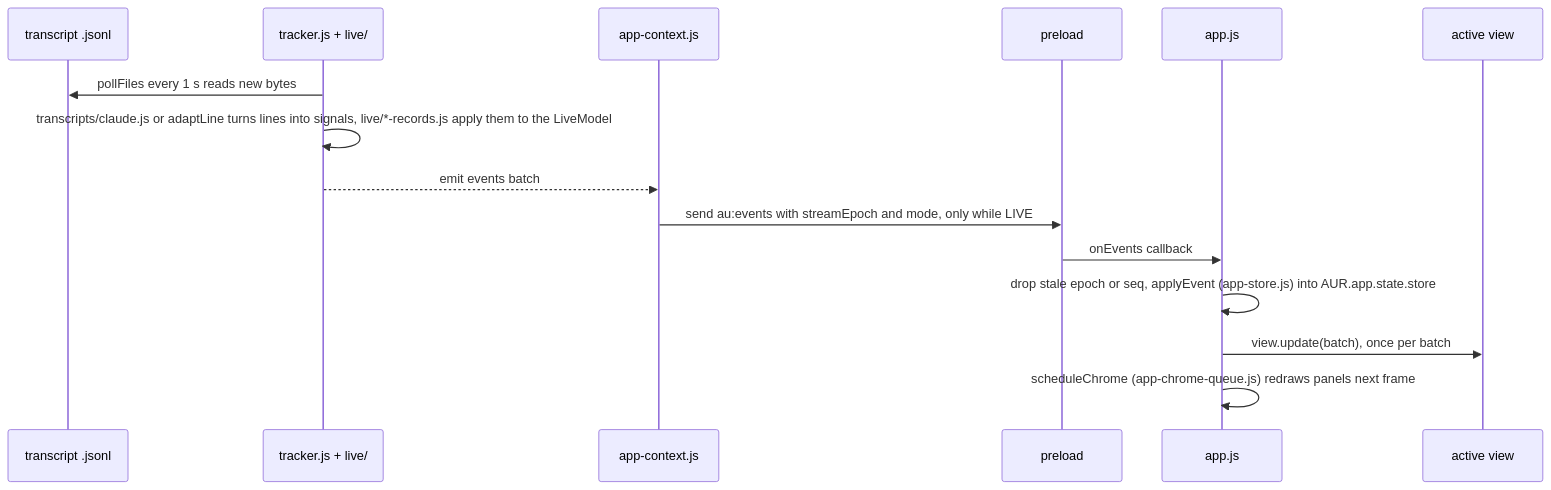
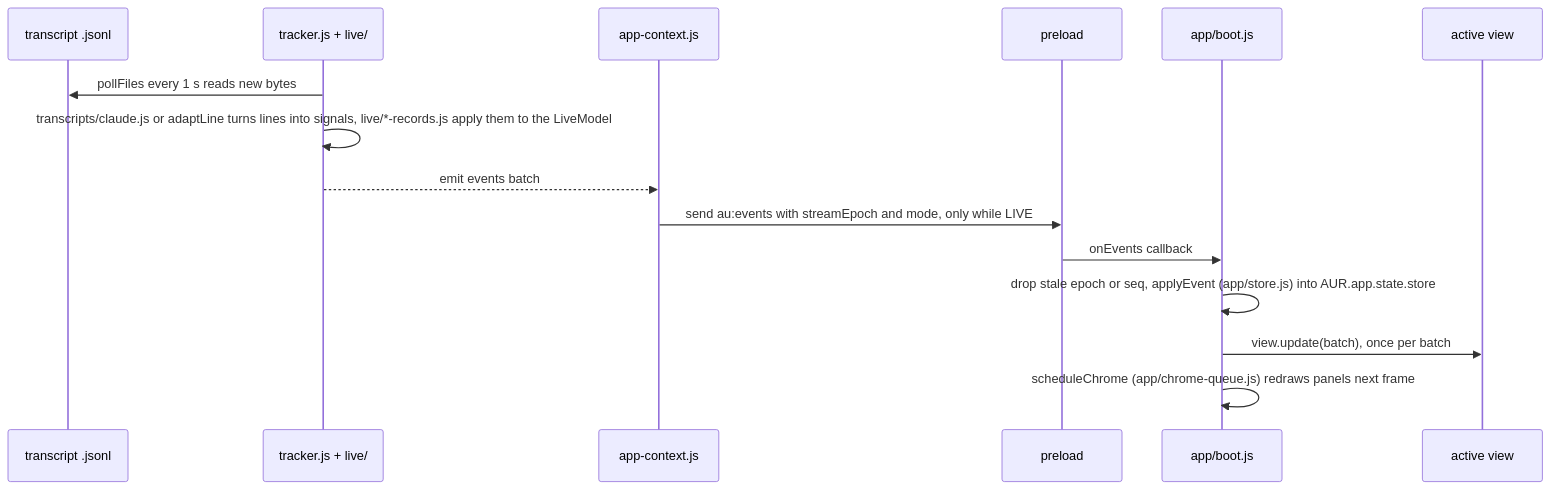
One commit to MatthewNorton/agent-orrery changed the second of 4 diagrams in .docs/architecture.md. Above: the diagram before and after it, drawn with Mermaid. The commit also changed other lines of this file and 124 other files, not shown here.

````diff
--- a/.docs/architecture.md
+++ b/.docs/architecture.md
@@ -317,17 +317,17 @@
 ```mermaid
 sequenceDiagram
   participant F as transcript .jsonl
   participant T as tracker.js + live/
   participant C as app-context.js
   participant P as preload
-  participant A as app.js
+  participant A as app/boot.js
   participant V as active view
   T->>F: pollFiles every 1 s reads new bytes
   T->>T: transcripts/claude.js or adaptLine turns lines into signals, live/*-records.js apply them to the LiveModel
   T-->>C: emit events batch
   C->>P: send au:events with streamEpoch and mode, only while LIVE
   P->>A: onEvents callback
-  A->>A: drop stale epoch or seq, applyEvent (app-store.js) into AUR.app.state.store
+  A->>A: drop stale epoch or seq, applyEvent (app/store.js) into AUR.app.state.store
   A->>V: view.update(batch), once per batch
-  A->>A: scheduleChrome (app-chrome-queue.js) redraws panels next frame
+  A->>A: scheduleChrome (app/chrome-queue.js) redraws panels next frame
 ```
````
